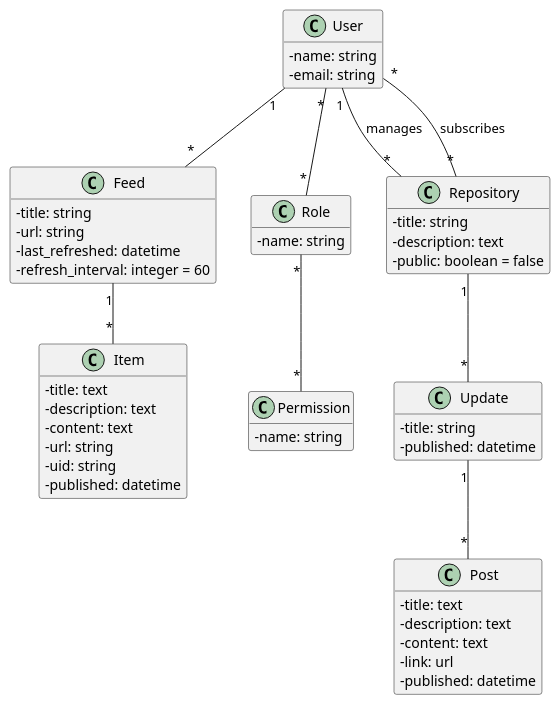
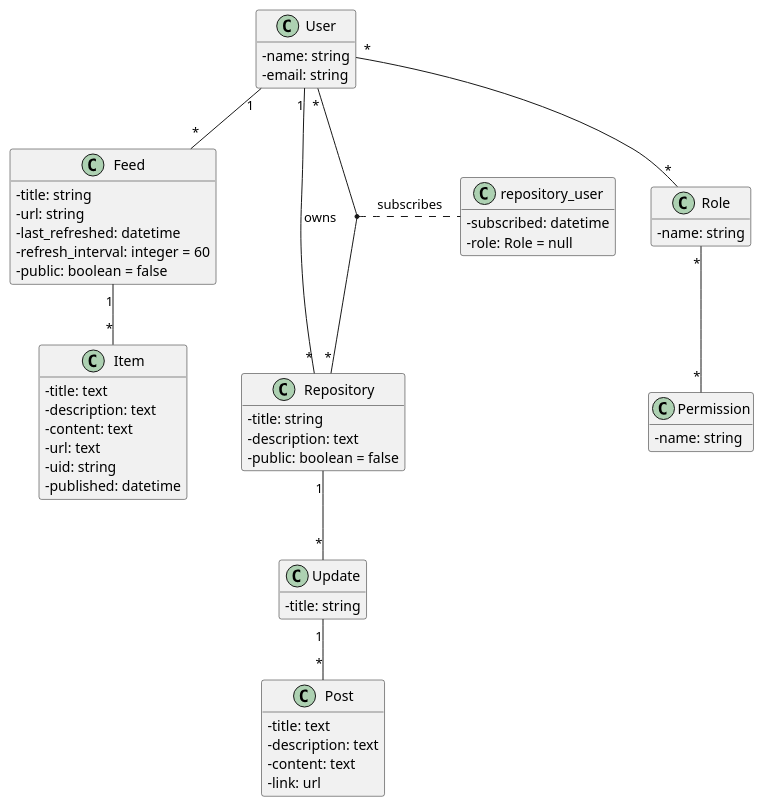
One commit to ijaureguialzo/kcm changed the diagram in docs/diagrama.puml. Above: the diagram before and after it, drawn with PlantUML.

Commit message:
Diagrama actualizado

```diff
--- a/docs/diagrama.puml
+++ b/docs/diagrama.puml
@@ -1,65 +1,71 @@
 @startuml
 skinparam classAttributeIconSize 0
 hide empty members
 
 class Feed {
 - title: string
 - url: string
 - last_refreshed: datetime
 - refresh_interval: integer = 60
+- public: boolean = false
 }
 
 class Item {
 - title: text
 - description: text
 - content: text
-- url: string
+- url: text
 - uid: string
 - published: datetime
 }
 
 Feed "1" -- "*" Item
 
 class User {
 - name: string
 - email: string
 }
 
 class Role {
 - name: string
 }
 
 class Permission {
 - name: string
 }
 
 User "1" -- "*" Feed
 User "*" -- "*" Role
 Role "*" -- "*" Permission
 
 class Repository {
 - title: string
 - description: text
 - public: boolean = false
 }
 
 class Update {
 - title: string
-- published: datetime
 }
 
 class Post {
 - title: text
 - description: text
 - content: text
 - link: url
-- published: datetime
 }
 
-User "1" -- "*" Repository : manages
-User "*" -- "*" Repository : subscribes
+User "1" -- "*" Repository : owns
+User "*" -- "*" Repository
+(User,Repository) . repository_user: subscribes
+
+class repository_user {
+- subscribed: datetime
+- role: Role = null
+}
+
 Repository "1" -- "*" Update
 Update "1" -- "*" Post
 
 
 @enduml
```
